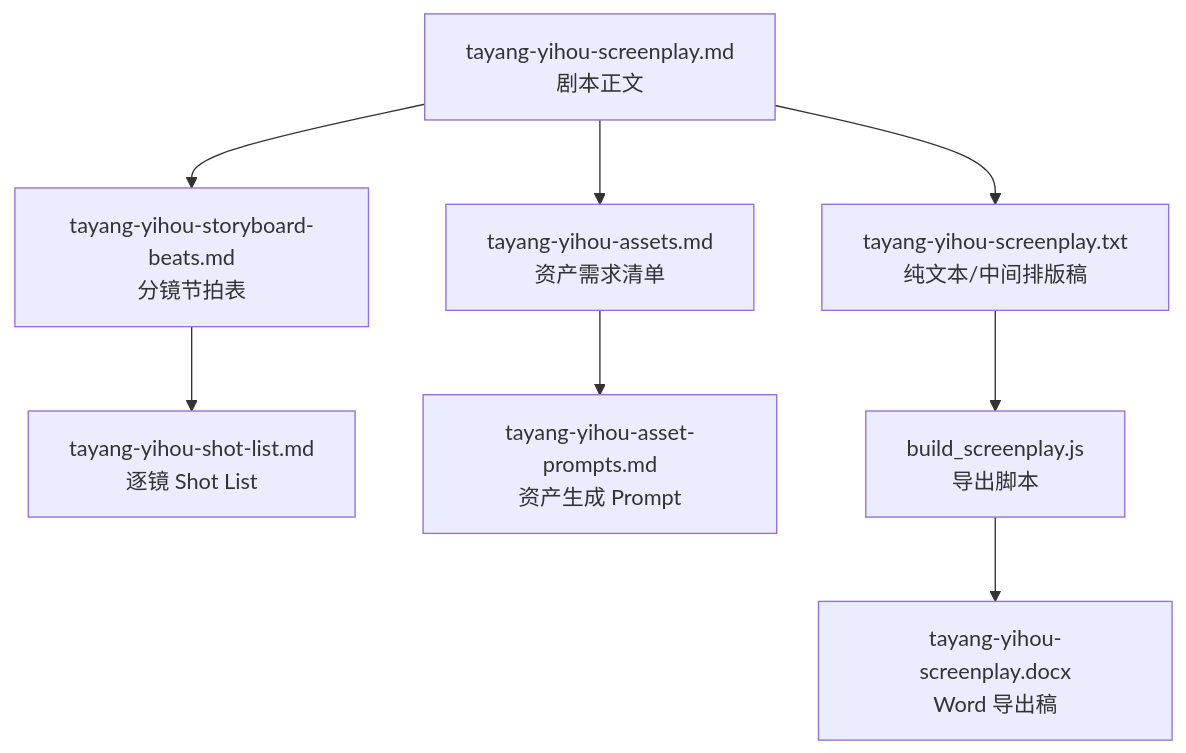
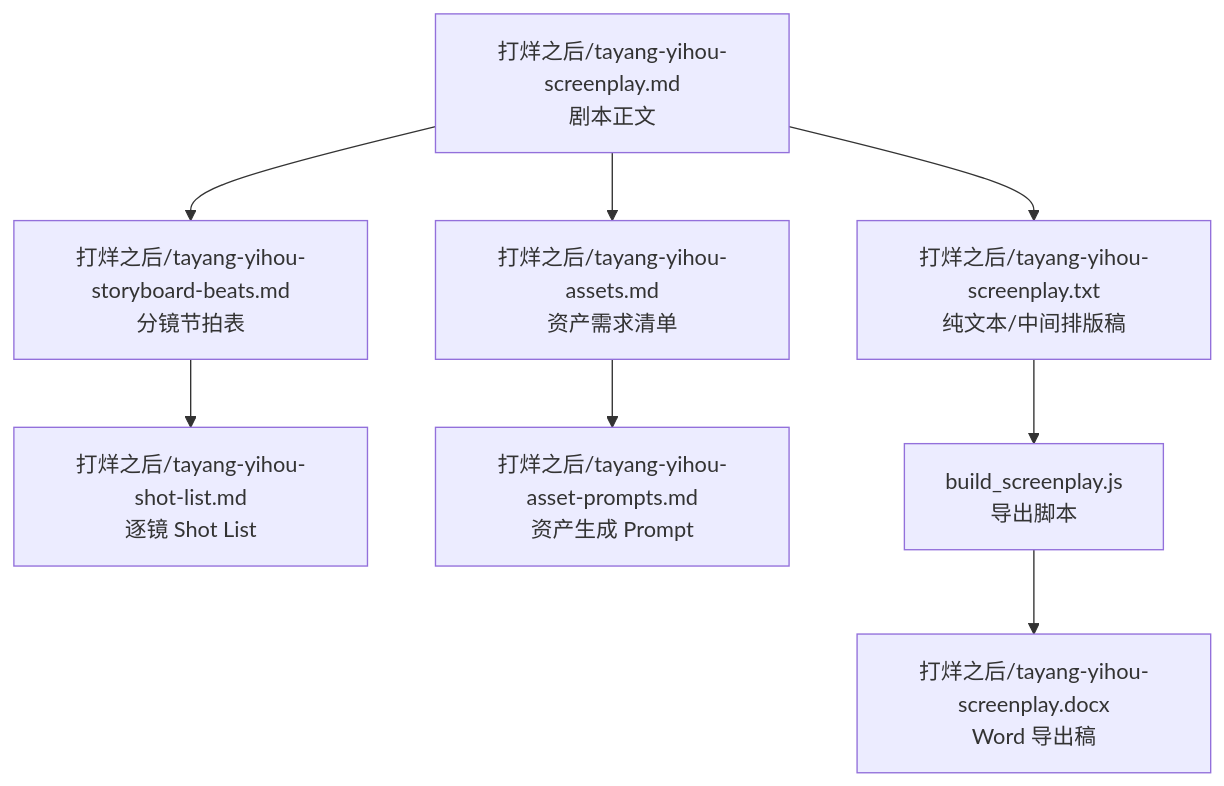
The second of 2 diagrams in screenplay/file-relationship-map.md (kanjiang/AI_VIDEO_GENERATOR), drawn with Mermaid before and after one commit. The commit also changed other lines of this file and 466 other files, not shown here.

````diff
--- a/screenplay/file-relationship-map.md
+++ b/screenplay/file-relationship-map.md
@@ -89,10 +89,10 @@
 ```mermaid
 flowchart TD
-    A[tayang-yihou-screenplay.md<br/>剧本正文] --> B[tayang-yihou-storyboard-beats.md<br/>分镜节拍表]
-    B --> C[tayang-yihou-shot-list.md<br/>逐镜 Shot List]
-    A --> D[tayang-yihou-assets.md<br/>资产需求清单]
-    D --> E[tayang-yihou-asset-prompts.md<br/>资产生成 Prompt]
-    A --> F[tayang-yihou-screenplay.txt<br/>纯文本/中间排版稿]
+    A[打烊之后/tayang-yihou-screenplay.md<br/>剧本正文] --> B[打烊之后/tayang-yihou-storyboard-beats.md<br/>分镜节拍表]
+    B --> C[打烊之后/tayang-yihou-shot-list.md<br/>逐镜 Shot List]
+    A --> D[打烊之后/tayang-yihou-assets.md<br/>资产需求清单]
+    D --> E[打烊之后/tayang-yihou-asset-prompts.md<br/>资产生成 Prompt]
+    A --> F[打烊之后/tayang-yihou-screenplay.txt<br/>纯文本/中间排版稿]
     F --> G[build_screenplay.js<br/>导出脚本]
-    G --> H[tayang-yihou-screenplay.docx<br/>Word 导出稿]
+    G --> H[打烊之后/tayang-yihou-screenplay.docx<br/>Word 导出稿]
 ```
````
